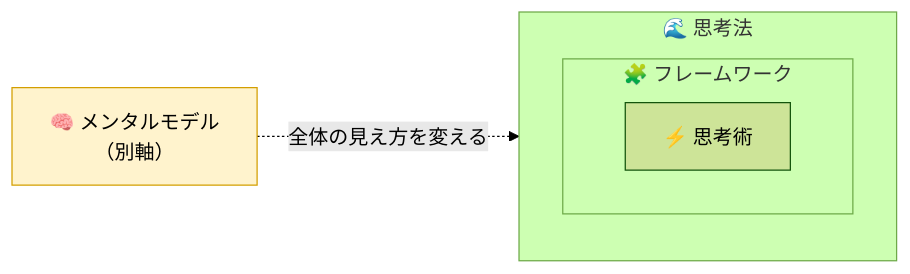
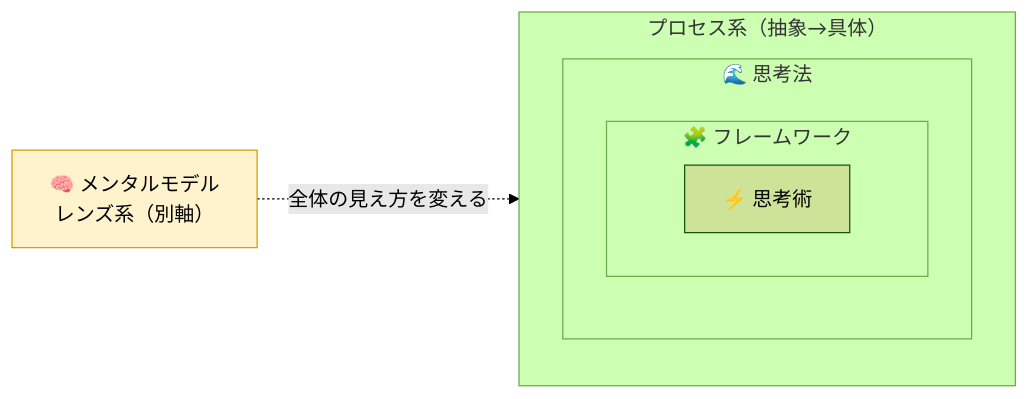
One commit to snamiki1212/awesome-thinking changed the diagram in README.md. Above: the diagram before and after it, drawn with Mermaid (forest theme). The commit also changed other lines of this file and 1 other file, not shown here.

Commit message:
レンズ系/プロセス系の区分をCLAUDE/READMEに反映
ADR(lens-vs-process-grouping)を受け、4タイプの最上位区分「レンズ系(1)/
プロセス系(3)」をCLAUDEの用語に追加し、READMEの説明文とmermaid図にも
グループ名を明示して概念を掴みやすくした。

````diff
--- a/README.md
+++ b/README.md
@@ -18,12 +18,14 @@
 ```mermaid
 flowchart LR
-    L["🧠 メンタルモデル<br/>（別軸）"]
-    subgraph M["🌊 思考法"]
-        direction TB
-        subgraph F["🧩 フレームワーク"]
-            S["⚡ 思考術"]
+    L["🧠 メンタルモデル<br/>レンズ系（別軸）"]
+    subgraph P["プロセス系（抽象→具体）"]
+        subgraph M["🌊 思考法"]
+            direction TB
+            subgraph F["🧩 フレームワーク"]
+                S["⚡ 思考術"]
+            end
         end
     end
-    L -. 全体の見え方を変える .-> M
+    L -. 全体の見え方を変える .-> P
     style L fill:#fff3cd,stroke:#d39e00,color:#000
 ```
````
